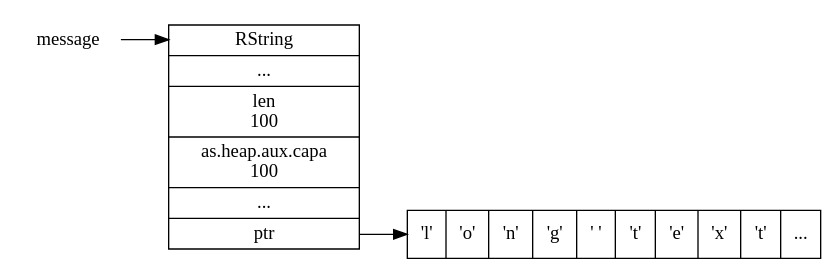
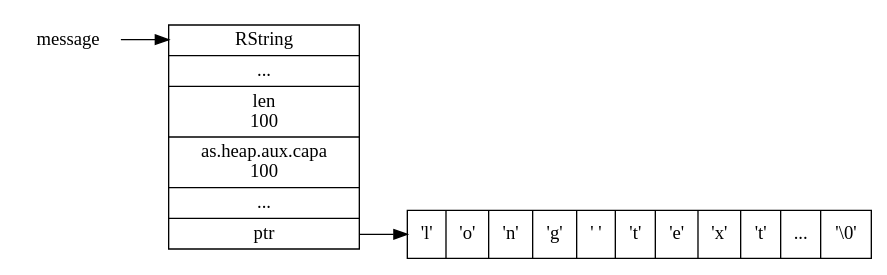
Before and after one commit to huangzworks/note: the first of 2 diagrams in language/mruby-code-analysis/string.rst, drawn with Graphviz. The commit also changed other lines of this file, not shown here.

```diff
--- a/language/mruby-code-analysis/string.rst
+++ b/language/mruby-code-analysis/string.rst
@@ -286,21 +286,21 @@
 .. graphviz::
 
     digraph {
 
         rankdir = LR;
 
         node [shape = plaintext]
 
         message;
 
         node [shape = record]
 
         RString [label = " <head> RString | ... | len \n 100 | as.heap.aux.capa \n 100  | ... | <ptr> ptr "];
 
-        buffer [label = " { 'l' | 'o' | 'n' | 'g' | ' ' | 't' | 'e' | 'x' | 't' | ... } "];
+        buffer [label = " { 'l' | 'o' | 'n' | 'g' | ' ' | 't' | 'e' | 'x' | 't' | ... | '\\0' } "];
 
         //
 
         message -> RString:head;
         RString:ptr -> buffer;
     }
```
